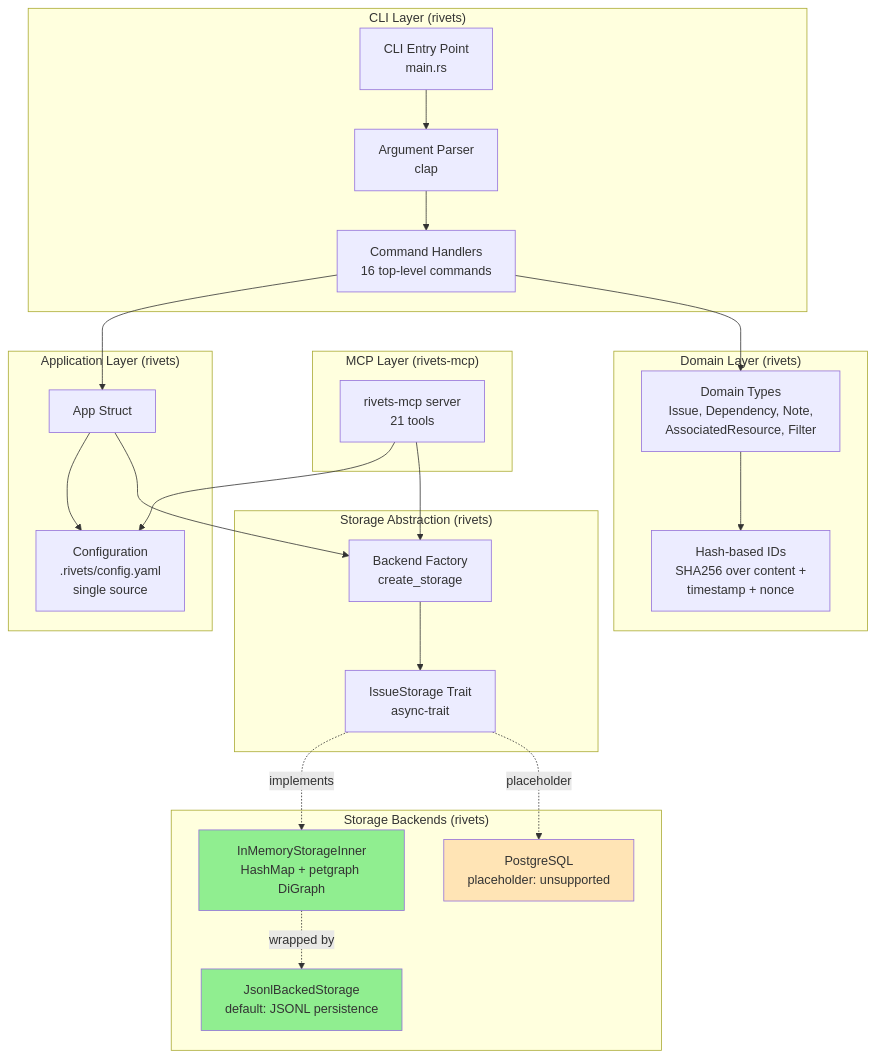
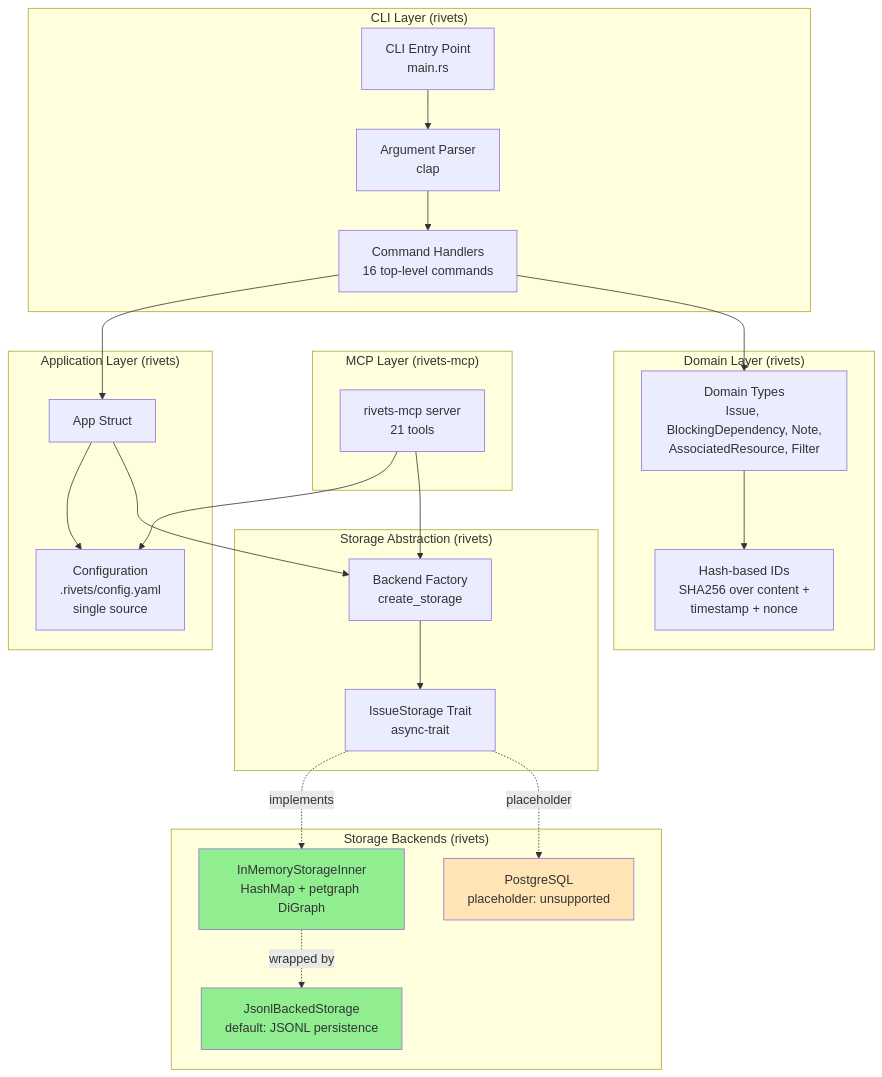
One commit to dwalleck/rivets changed the first of 6 diagrams in docs/architecture.md. Above: the diagram before and after it, drawn with Mermaid. The commit also changed other lines of this file and 5 other files, not shown here.

First line of the commit message:
docs: synchronize blocking dependency guidance — F6, F7, F8

````diff
--- a/docs/architecture.md
+++ b/docs/architecture.md
@@ -25,50 +25,50 @@
 ```mermaid
 graph TB
     subgraph "CLI Layer (rivets)"
         CLI[CLI Entry Point<br/>main.rs]
         Args[Argument Parser<br/>clap]
         Commands[Command Handlers<br/>16 top-level commands]
     end
 
     subgraph "MCP Layer (rivets-mcp)"
         Mcp[rivets-mcp server<br/>21 tools]
     end
 
     subgraph "Application Layer (rivets)"
         App[App Struct]
         Config[Configuration<br/>.rivets/config.yaml<br/>single source]
     end
 
     subgraph "Storage Abstraction (rivets)"
         Trait[IssueStorage Trait<br/>async-trait]
         Factory[Backend Factory<br/>create_storage]
     end
 
     subgraph "Domain Layer (rivets)"
-        Types[Domain Types<br/>Issue, Dependency, Note,<br/>AssociatedResource, Filter]
+        Types[Domain Types<br/>Issue, BlockingDependency, Note,<br/>AssociatedResource, Filter]
         IDs[Hash-based IDs<br/>SHA256 over content +<br/>timestamp + nonce]
     end
 
     subgraph "Storage Backends (rivets)"
         Memory[InMemoryStorageInner<br/>HashMap + petgraph DiGraph]
         Jsonl[JsonlBackedStorage<br/>default: JSONL persistence]
         Postgres[PostgreSQL<br/>placeholder: unsupported]
     end
 
     CLI --> Args --> Commands
     Commands --> App
     App --> Config
     App --> Factory
     Mcp --> Config
     Mcp --> Factory
     Factory --> Trait
     Trait -.implements.-> Memory
     Memory -.wrapped by.-> Jsonl
     Trait -.placeholder.-> Postgres
     Commands --> Types
     Types --> IDs
 
     style Jsonl fill:#90EE90
     style Memory fill:#90EE90
     style Postgres fill:#FFE4B5
 ```
````
